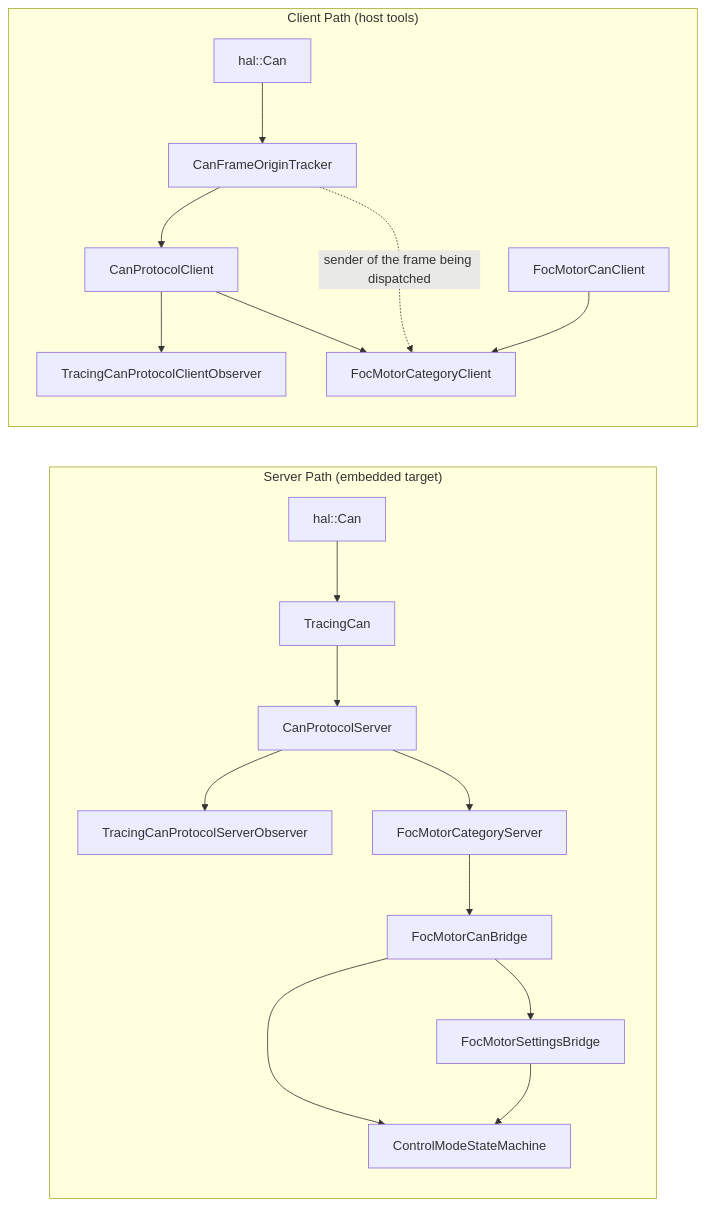
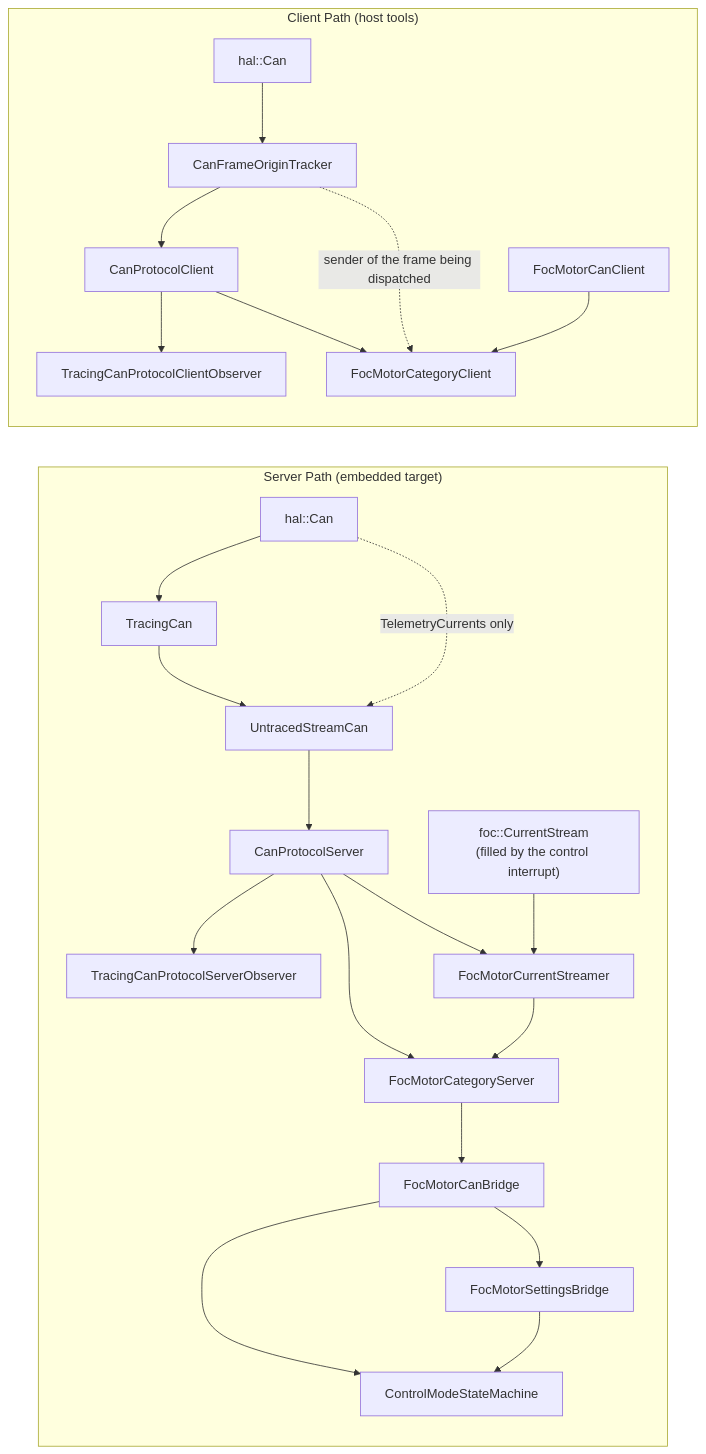
One commit to embedded-pro/e-foc changed the seventh of 7 diagrams in documentation/design/service-can.md. Above: the diagram before and after it, drawn with Mermaid. The commit also changed other lines of this file and 76 other files, not shown here.

First line of the commit message:
feat(can): stream window-mean Id, Iq and rotor position at the telemetry rate (#515)

````diff
--- a/documentation/design/service-can.md
+++ b/documentation/design/service-can.md
@@ -599,22 +707,27 @@
 ```mermaid
 graph LR
     subgraph "Server Path (embedded target)"
         HAL_CAN_S["hal::Can"] --> TC["TracingCan"]
-        TC --> CPS["CanProtocolServer"]
+        TC --> USC["UntracedStreamCan"]
+        HAL_CAN_S -. "TelemetryCurrents only" .-> USC
+        USC --> CPS["CanProtocolServer"]
         CPS --> CPSO["TracingCanProtocolServerObserver"]
         CPS --> MCS["FocMotorCategoryServer"]
         MCS --> BRG["FocMotorCanBridge"]
+        CPS --> STR["FocMotorCurrentStreamer"]
+        STR --> MCS
+        RING["foc::CurrentStream<br/>(filled by the control interrupt)"] --> STR
         BRG --> SM["ControlModeStateMachine"]
         BRG --> SET["FocMotorSettingsBridge"]
         SET --> SM
     end
 
     subgraph "Client Path (host tools)"
         HAL_CAN_C["hal::Can"] --> FOT["CanFrameOriginTracker"]
         FOT --> CPC["CanProtocolClient"]
         CPC --> CPCO["TracingCanProtocolClientObserver"]
         CPC --> MCC["FocMotorCategoryClient"]
         FOT -. "sender of the frame being dispatched" .-> MCC
         FMC["FocMotorCanClient"] --> MCC
     end
 ```
````
